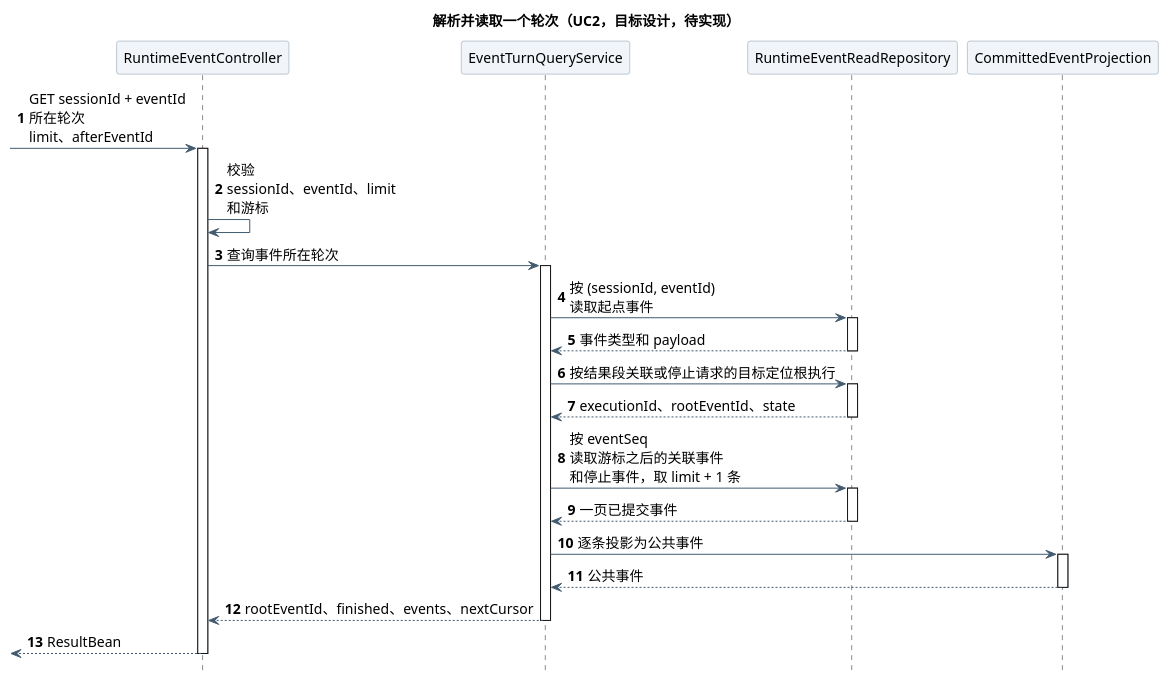
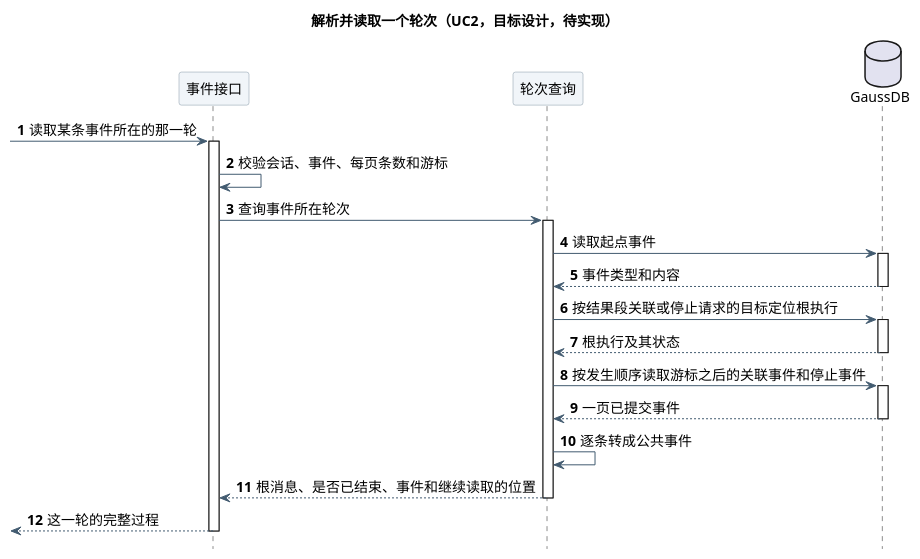
One commit to ssm0808/pi-mono-java-design changed the second of 3 diagrams in 01-总体架构/01-CampusClaw多Agent运行时/设计图/Agent用户事件查询/diagram.puml. Above: the diagram before and after it, drawn with PlantUML. The commit also changed other lines of this file and 5 other files, not shown here.

First line of the commit message:
docs(runtime): 按最新时序图规则调整整体与轮次详细时序

```diff
--- a/01-总体架构/01-CampusClaw多Agent运行时/设计图/Agent用户事件查询/diagram.puml
+++ b/01-总体架构/01-CampusClaw多Agent运行时/设计图/Agent用户事件查询/diagram.puml
@@ -56,52 +56,48 @@
 @startuml event_turn_resolution
 ' 源码证据：pi-mono-java main 769e86592285f4a25b0febaf551eddea6bc7212c
 ' modules/coding-agent-cli/src/main/java/com/campusclaw/codingagent/runtimeapi/
 ' persistence/RuntimeExecutionPersistenceService.java:acceptMessage,acceptInterrupt,appendEntry
 ' persistence/MyBatisRuntimeExecutionControlRepository.java:linkCommittedEvent,appendToSegment,markTerminal
 ' event/RuntimeCompactionEventProjector.java:persistCompaction
 ' modules/coding-agent-cli/src/main/resources/mapper/session/RuntimeSessionMapper.xml:findCommittedEvent
 ' 已观察行为：user.message、续跑、Agent 输出和 idle 都关联到结果段；
 ' user.interrupt 只保存 targetEventId；执行内自动压缩尚未关联。
 ' 设计原因：复用根执行作为轮次身份，不新增轮次表。
 skinparam backgroundColor white
 skinparam defaultFontName SansSerif
 skinparam defaultFontSize 14
 skinparam shadowing false
 skinparam ArrowColor #425B70
 skinparam sequenceParticipantBackgroundColor #F1F5F9
 skinparam sequenceParticipantBorderColor #8496A4
 skinparam sequenceMessageAlign left
 skinparam maxMessageSize 190
 hide footbox
 autonumber
 title 解析并读取一个轮次（UC2，目标设计，待实现）
-participant "RuntimeEventController" as Web
-participant "EventTurnQueryService" as Svc
-participant "RuntimeEventReadRepository" as Repo
-participant "CommittedEventProjection" as Proj
-[-> Web : GET sessionId + eventId 所在轮次\nlimit、afterEventId
+participant "事件接口" as Web
+participant "轮次查询" as Svc
+database "GaussDB" as DB
+[-> Web : 读取某条事件所在的那一轮
 activate Web
-Web -> Web : 校验 sessionId、eventId、limit 和游标
+Web -> Web : 校验会话、事件、每页条数和游标
 Web -> Svc : 查询事件所在轮次
 activate Svc
-Svc -> Repo : 按 (sessionId, eventId) 读取起点事件
-activate Repo
-Repo --> Svc : 事件类型和 payload
-deactivate Repo
-Svc -> Repo : 按结果段关联或停止请求的目标定位根执行
-activate Repo
-Repo --> Svc : executionId、rootEventId、state
-deactivate Repo
-Svc -> Repo : 按 eventSeq 读取游标之后的关联事件\n和停止事件，取 limit + 1 条
-activate Repo
-Repo --> Svc : 一页已提交事件
-deactivate Repo
-Svc -> Proj : 逐条投影为公共事件
-activate Proj
-Proj --> Svc : 公共事件
-deactivate Proj
-Svc --> Web : rootEventId、finished、events、nextCursor
+Svc -> DB : 读取起点事件
+activate DB
+DB --> Svc : 事件类型和内容
+deactivate DB
+Svc -> DB : 按结果段关联或停止请求的目标定位根执行
+activate DB
+DB --> Svc : 根执行及其状态
+deactivate DB
+Svc -> DB : 按发生顺序读取游标之后的关联事件和停止事件
+activate DB
+DB --> Svc : 一页已提交事件
+deactivate DB
+Svc -> Svc : 逐条转成公共事件
+Svc --> Web : 根消息、是否已结束、事件和继续读取的位置
 deactivate Svc
-[<-- Web : ResultBean
+[<-- Web : 这一轮的完整过程
 deactivate Web
 @enduml
```
